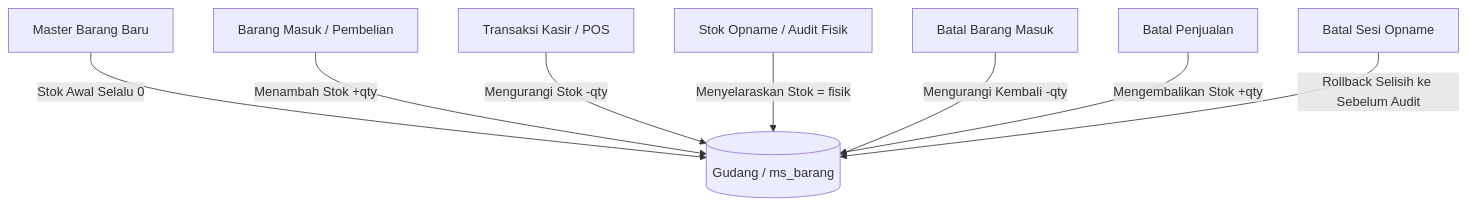
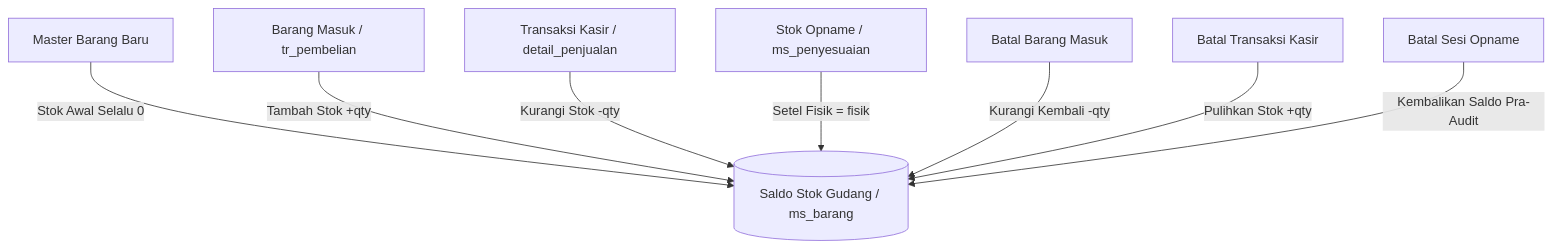
One commit to Tezz22/Aplikasi-POS-Bengkel-Pradan-Motor changed the third of 5 diagrams in alur.md. Above: the diagram before and after it, drawn with Mermaid. The commit also changed other lines of this file and 13 other files, not shown here.

Commit message:
update transaksi kasir

````diff
--- a/alur.md
+++ b/alur.md
@@ -226,10 +269,10 @@
 ```mermaid
 flowchart TD
-    A[Master Barang Baru] -->|Stok Awal Selalu 0| B[(Gudang / ms_barang)]
-    C[Barang Masuk / Pembelian] -->|Menambah Stok +qty| B
-    D[Transaksi Kasir / POS] -->|Mengurangi Stok -qty| B
-    E[Stok Opname / Audit Fisik] -->|Menyelaraskan Stok = fisik| B
-    F[Batal Barang Masuk] -->|Mengurangi Kembali -qty| B
-    G[Batal Penjualan] -->|Mengembalikan Stok +qty| B
-    H[Batal Sesi Opname] -->|Rollback Selisih ke Sebelum Audit| B
+    A[Master Barang Baru] -->|Stok Awal Selalu 0| B[(Saldo Stok Gudang / ms_barang)]
+    C[Barang Masuk / tr_pembelian] -->|Tambah Stok +qty| B
+    D[Transaksi Kasir / detail_penjualan] -->|Kurangi Stok -qty| B
+    E[Stok Opname / ms_penyesuaian] -->|Setel Fisik = fisik| B
+    F[Batal Barang Masuk] -->|Kurangi Kembali -qty| B
+    G[Batal Transaksi Kasir] -->|Pulihkan Stok +qty| B
+    H[Batal Sesi Opname] -->|Kembalikan Saldo Pra-Audit| B
 ```
````
